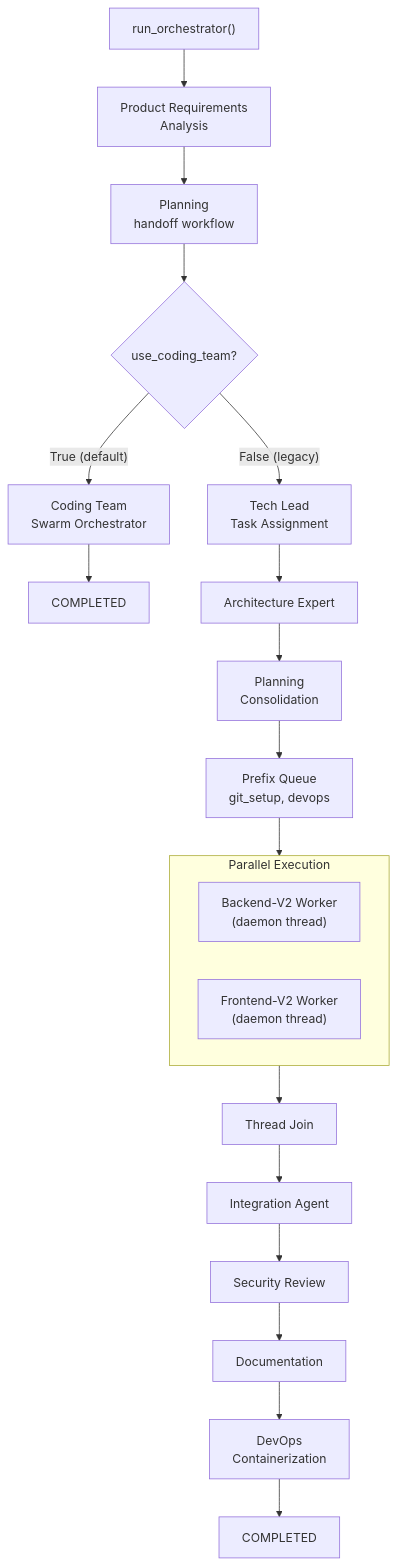
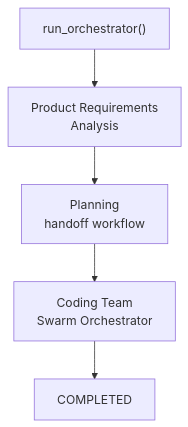
The fourth of 4 diagrams in backend/agents/software_engineering_team/system_design/SE_Architecture_Overview.md (brandonkindred/Khala-Agentic-AI-Teams), drawn with Mermaid before and after one commit. The commit also changed other lines of this file and 4 other files, not shown here.

````diff
--- a/backend/agents/software_engineering_team/system_design/SE_Architecture_Overview.md
+++ b/backend/agents/software_engineering_team/system_design/SE_Architecture_Overview.md
@@ -199,27 +199,7 @@
 ```mermaid
 flowchart TD
     START["run_orchestrator()"] --> PRA["Product Requirements\nAnalysis"]
     PRA --> Planning["Planning\nhandoff workflow"]
-    Planning --> DECISION{use_coding_team?}
-
-    DECISION -->|"True (default)"| CT["Coding Team\nSwarm Orchestrator"]
+    Planning --> CT["Coding Team\nSwarm Orchestrator"]
     CT --> DONE["COMPLETED"]
-
-    DECISION -->|"False (legacy)"| TL["Tech Lead\nTask Assignment"]
-    TL --> AE["Architecture Expert"]
-    AE --> CONSOL["Planning\nConsolidation"]
-    CONSOL --> PREFIX["Prefix Queue\ngit_setup, devops"]
-    PREFIX --> PARALLEL["Parallel Workers"]
-
-    subgraph PARALLEL["Parallel Execution"]
-        BW["Backend-V2 Worker\n(daemon thread)"]
-        FW["Frontend-V2 Worker\n(daemon thread)"]
-    end
-
-    PARALLEL --> JOIN["Thread Join"]
-    JOIN --> INTEG["Integration Agent"]
-    INTEG --> SECR["Security Review"]
-    SECR --> DOCS["Documentation"]
-    DOCS --> DEVOPS["DevOps\nContainerization"]
-    DEVOPS --> DONE2["COMPLETED"]
 ```
````
